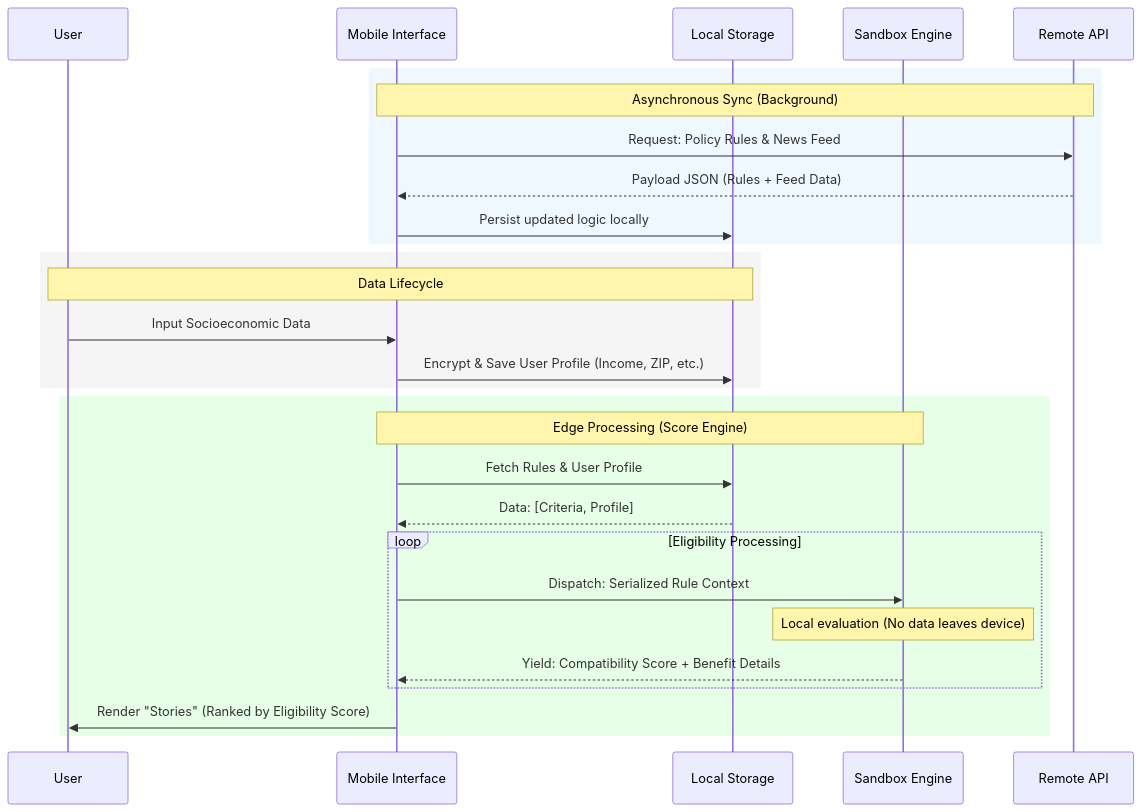
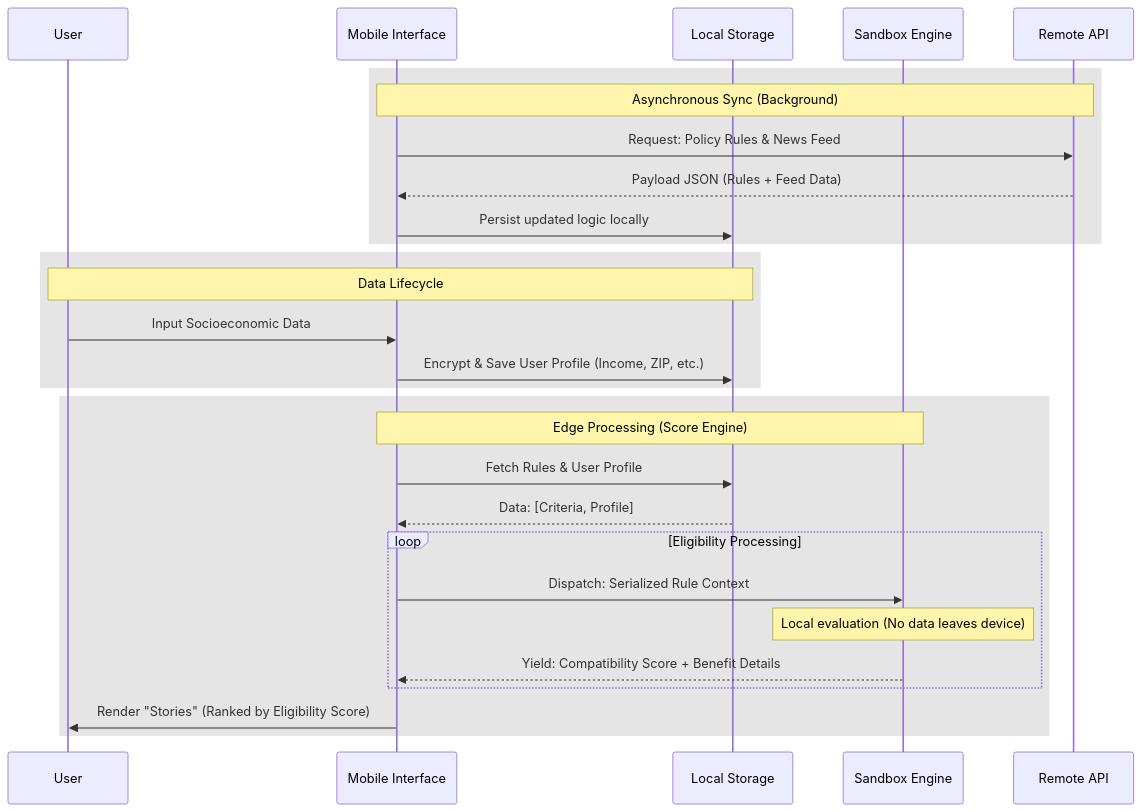
The second of 2 diagrams in docs/TECHNICAL_ASPECT_EN.md (hylleyy/Pol.Pop), drawn with Mermaid before and after one commit. The commit also changed other lines of this file, not shown here.

Commit message:
Revise digital exclusion data and improve diagram colors
Updated references for digital exclusion statistics and adjusted background colors in diagrams for better visibility.

````diff
--- a/docs/TECHNICAL_ASPECT_EN.md
+++ b/docs/TECHNICAL_ASPECT_EN.md
@@ -50,35 +50,35 @@
 ```mermaid
 	sequenceDiagram
 		participant U as User
 		participant App as Mobile Interface
 		participant LS as Local Storage
 		participant SB as Sandbox Engine
 		participant RS as Remote API
 
-		rect rgb(240, 248, 255)
+		rect rgb(0, 0, 0, 0.1)
 		Note over App, RS: Asynchronous Sync (Background)
 		App->>RS: Request: Policy Rules & News Feed
 		RS-->>App: Payload JSON (Rules + Feed Data)
 		App->>LS: Persist updated logic locally
 		end
 
-		rect rgb(245, 245, 245)
+		rect rgb(0, 0, 0, 0.1)
 		Note over U, LS: Data Lifecycle
 		U->>App: Input Socioeconomic Data
 		App->>LS: Encrypt & Save User Profile (Income, ZIP, etc.)
 		end
 
-		rect rgb(230, 255, 230)
+		rect rgb(0, 0, 0, 0.1)
 		Note over App, SB: Edge Processing (Score Engine)
 		App->>LS: Fetch Rules & User Profile
 		LS-->>App: Data: [Criteria, Profile]
 		
 		loop Eligibility Processing
 			App->>SB: Dispatch: Serialized Rule Context
 			Note over SB: Local evaluation (No data leaves device)
 			SB-->>App: Yield: Compatibility Score + Benefit Details
 		end
 		
 		App->>U: Render "Stories" (Ranked by Eligibility Score)
 		end
 ```
````
